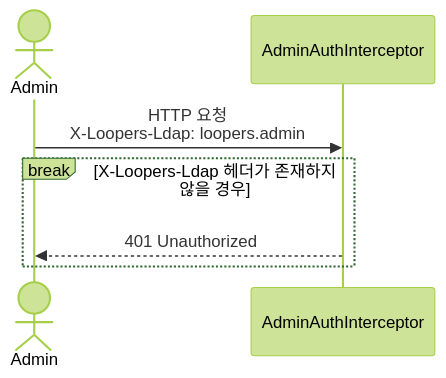
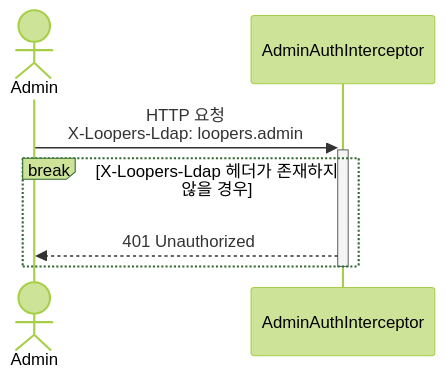
The second of 23 diagrams in .docs/design/02-sequence-diagrams.md (Loopers-dev-lab/loop-pack-be-l2-vol3-java), drawn with Mermaid (forest theme) before and after one commit. The commit also changed other lines of this file, not shown here.

Commit message:
docs: 시퀀스 다이어그램에 액티베이션바 추가

````diff
--- a/.docs/design/02-sequence-diagrams.md
+++ b/.docs/design/02-sequence-diagrams.md
@@ -110,11 +112,13 @@
 ```mermaid
 sequenceDiagram
     actor Admin
     participant AdminAuthInterceptor
 
-    Admin->>AdminAuthInterceptor: HTTP 요청<br/>X-Loopers-Ldap: loopers.admin
+    Admin ->>+ AdminAuthInterceptor: HTTP 요청<br/>X-Loopers-Ldap: loopers.admin
 
     break X-Loopers-Ldap 헤더가 존재하지 않을 경우
-        AdminAuthInterceptor-->>Admin: 401 Unauthorized
+        AdminAuthInterceptor -->> Admin: 401 Unauthorized
     end
+
+    deactivate AdminAuthInterceptor
 ```
````
